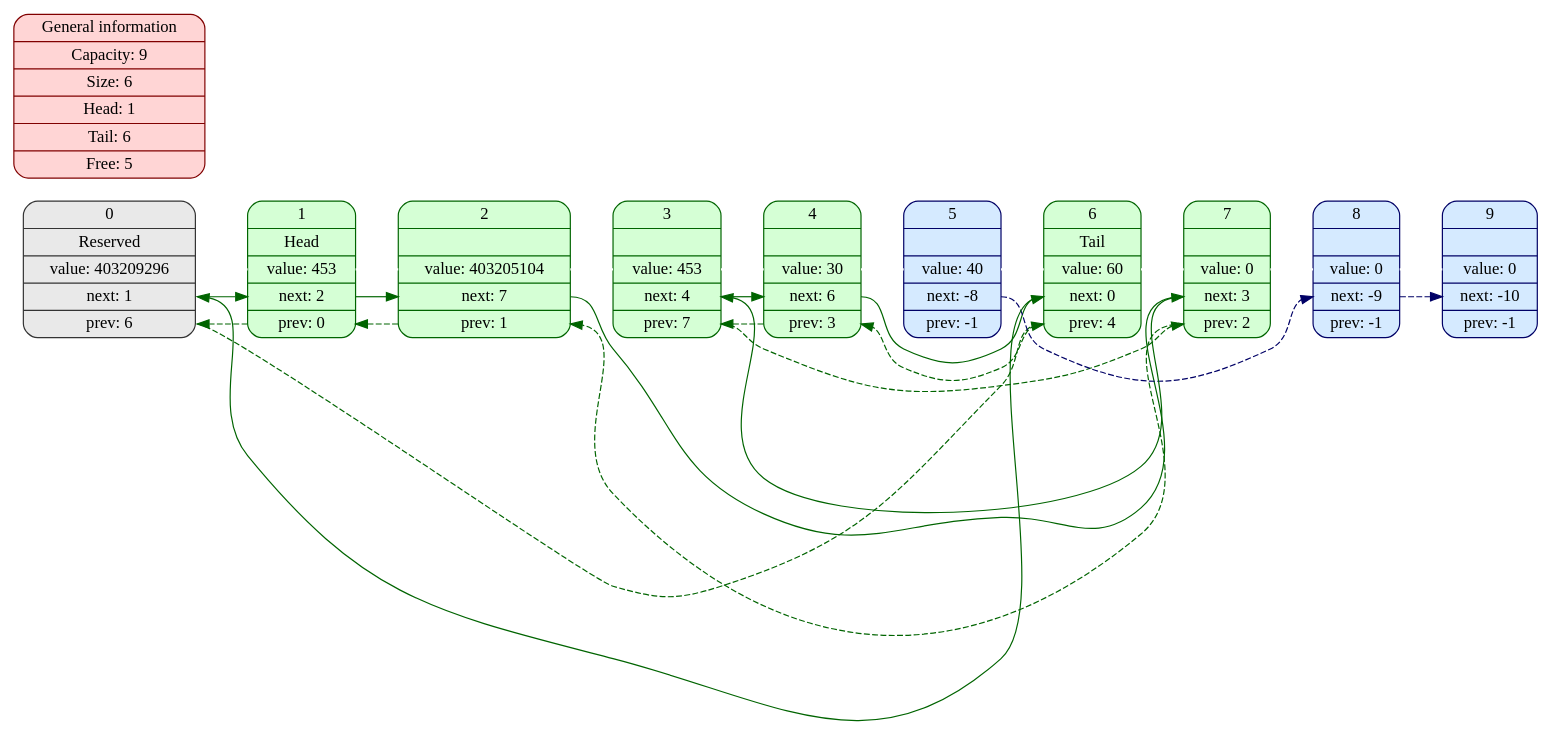
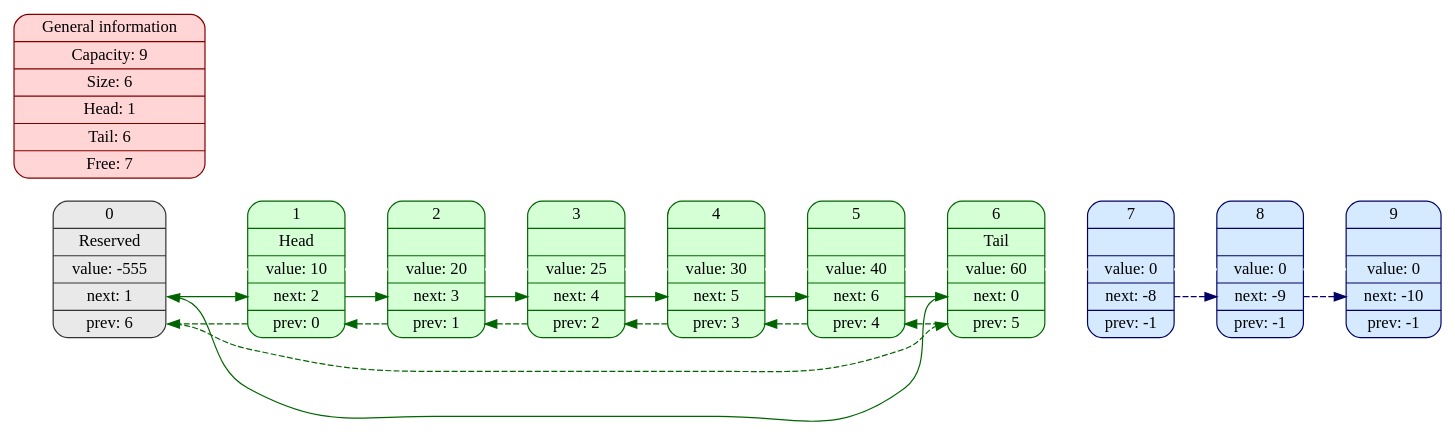
The diagram in ListPicture.dot (KuchinaMA/Lists), drawn with Graphviz before and after one commit. The commit also changed 3 other files, not shown here.

```diff
--- a/ListPicture.dot
+++ b/ListPicture.dot
@@ -1,32 +1,32 @@
 digraph {
   rankdir = LR;
   node [shape = Mrecord, color = "#006400", style = filled, fillcolor = "#D5FFD5"];
-{  el0[color = "#333333", style = filled, fillcolor = "#E9E9E9", label = "0 | Reserved | <d0> value: 403209296 | <n0> next: 1 | <p0> prev: 6"];
-  el1[label = "1 | Head | <d1> value: 453 | <n1> next: 2 | <p1> prev: 0"];
-  el2[label = "2 | | <d2> value: 403205104 | <n2> next: 7 | <p2> prev: 1"];
-  el3[label = "3 | | <d3> value: 453 | <n3> next: 4 | <p3> prev: 7"];
-  el4[label = "4 | | <d4> value: 30 | <n4> next: 6 | <p4> prev: 3"];
-  el5[color = "#000066", style = filled, fillcolor = "#D5EAFF", label = "5 | | <d5> value: 40 | <n5> next: -8 | <p5> prev: -1"];
-  el6[label = "6 | Tail | <d6> value: 60 | <n6> next: 0 | <p6> prev: 4"];
-  el7[label = "7 | | <d7> value: 0 | <n7> next: 3 | <p7> prev: 2"];
+{  el0[color = "#333333", style = filled, fillcolor = "#E9E9E9", label = "0 | Reserved | <d0> value: -555 | <n0> next: 1 | <p0> prev: 6"];
+  el1[label = "1 | Head | <d1> value: 10 | <n1> next: 2 | <p1> prev: 0"];
+  el2[label = "2 | | <d2> value: 20 | <n2> next: 3 | <p2> prev: 1"];
+  el3[label = "3 | | <d3> value: 25 | <n3> next: 4 | <p3> prev: 2"];
+  el4[label = "4 | | <d4> value: 30 | <n4> next: 5 | <p4> prev: 3"];
+  el5[label = "5 | | <d5> value: 40 | <n5> next: 6 | <p5> prev: 4"];
+  el6[label = "6 | Tail | <d6> value: 60 | <n6> next: 0 | <p6> prev: 5"];
+  el7[color = "#000066", style = filled, fillcolor = "#D5EAFF", label = "7 | | <d7> value: 0 | <n7> next: -8 | <p7> prev: -1"];
   el8[color = "#000066", style = filled, fillcolor = "#D5EAFF", label = "8 | | <d8> value: 0 | <n8> next: -9 | <p8> prev: -1"];
   el9[color = "#000066", style = filled, fillcolor = "#D5EAFF", label = "9 | | <d9> value: 0 | <n9> next: -10 | <p9> prev: -1"];
   el0: <d0> ->el1: <d1> ->el2: <d2> ->el3: <d3> ->el4: <d4> ->el5: <d5> ->el6: <d6> ->el7: <d7> ->el8: <d8> ->el9: <d9> [weight = 1000, style = "bold", arrowhead = "none", color = "#FFFFFF"];
   el1: <n1> -> el2: <n2> [constraint = false, weight = 1, color = "#006400"];
-  el2: <n2> -> el7: <n7> [constraint = false, weight = 1, color = "#006400"];
-  el7: <n7> -> el3: <n3> [constraint = false, weight = 1, color = "#006400"];
+  el2: <n2> -> el3: <n3> [constraint = false, weight = 1, color = "#006400"];
   el3: <n3> -> el4: <n4> [constraint = false, weight = 1, color = "#006400"];
-  el4: <n4> -> el6: <n6> [constraint = false, weight = 1, color = "#006400"];
+  el4: <n4> -> el5: <n5> [constraint = false, weight = 1, color = "#006400"];
+  el5: <n5> -> el6: <n6> [constraint = false, weight = 1, color = "#006400"];
   el6: <n6> -> el0: <n0> [constraint = false, weight = 1, color = "#006400"];
   el0: <n0> -> el1: <n1> [constraint = false, weight = 1, color = "#006400"];
-  el6: <p6> -> el4: <p4> [constraint = false, weight = 1, color = "#006400", style = "dashed"];
+  el6: <p6> -> el5: <p5> [constraint = false, weight = 1, color = "#006400", style = "dashed"];
+  el5: <p5> -> el4: <p4> [constraint = false, weight = 1, color = "#006400", style = "dashed"];
   el4: <p4> -> el3: <p3> [constraint = false, weight = 1, color = "#006400", style = "dashed"];
-  el3: <p3> -> el7: <p7> [constraint = false, weight = 1, color = "#006400", style = "dashed"];
-  el7: <p7> -> el2: <p2> [constraint = false, weight = 1, color = "#006400", style = "dashed"];
+  el3: <p3> -> el2: <p2> [constraint = false, weight = 1, color = "#006400", style = "dashed"];
   el2: <p2> -> el1: <p1> [constraint = false, weight = 1, color = "#006400", style = "dashed"];
   el1: <p1> -> el0: <p0> [constraint = false, weight = 1, color = "#006400", style = "dashed"];
   el0: <p0> -> el6: <p6> [constraint = false, weight = 1, color = "#006400", style = "dashed"];
-  el5: <n5> -> el8: <n8> [constraint = false, weight = 1, color = "#000066", style = "dashed"];
+  el7: <n7> -> el8: <n8> [constraint = false, weight = 1, color = "#000066", style = "dashed"];
   el8: <n8> -> el9: <n9> [constraint = false, weight = 1, color = "#000066", style = "dashed"];
-}{  general[color = "#800000", style = filled, fillcolor = "#FFD5D5", label = "General information |      Capacity: 9 | Size: 6 | Head: 1 | Tail: 6 | Free: 5"];
+}{  general[color = "#800000", style = filled, fillcolor = "#FFD5D5", label = "General information |      Capacity: 9 | Size: 6 | Head: 1 | Tail: 6 | Free: 7"];
 }}
```
